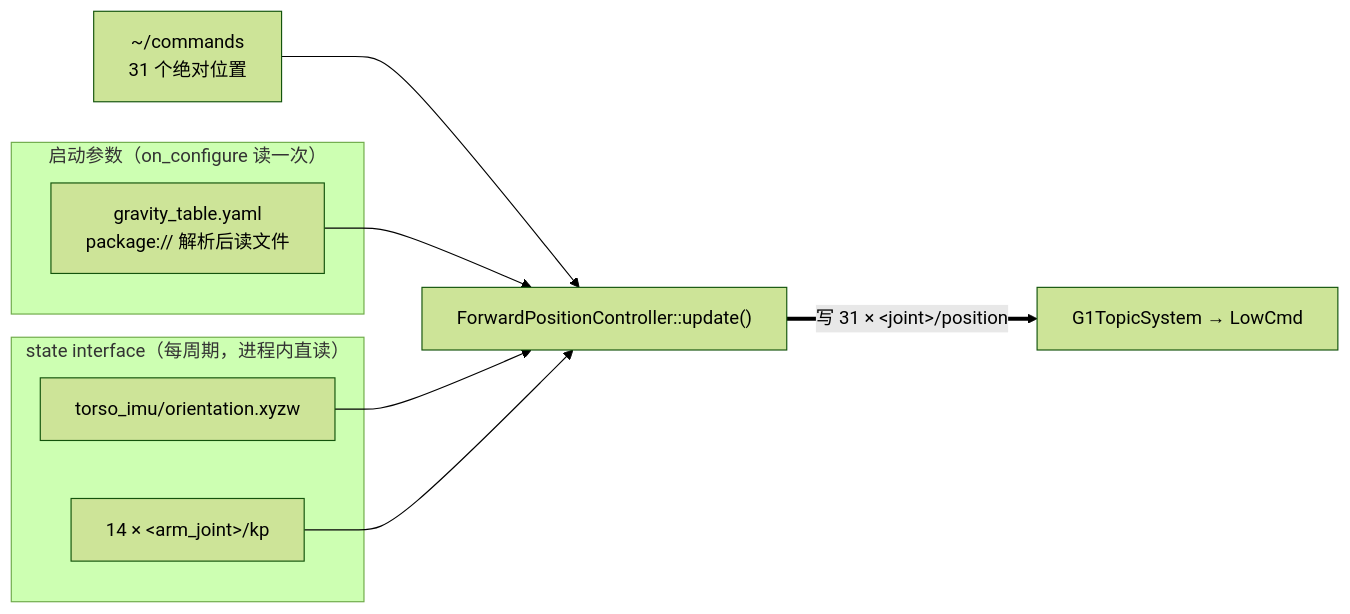
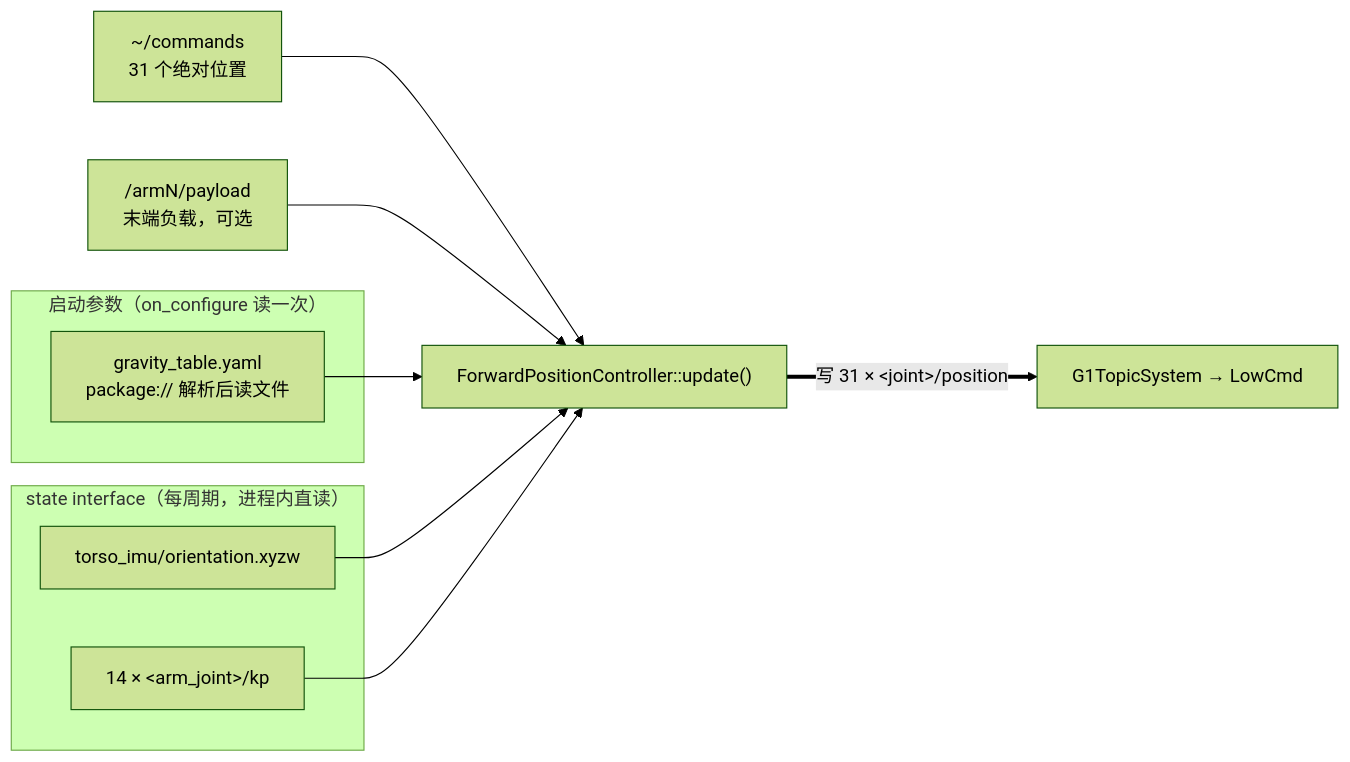
Before and after one commit to yizhongzhang1989/Unitree_G1_Workspace: the third of 3 diagrams in src/unitree_g1_ros2_control/README.md, drawn with Mermaid (forest theme). The commit also changed other lines of this file and 66 other files, not shown here.

````diff
--- a/src/unitree_g1_ros2_control/README.md
+++ b/src/unitree_g1_ros2_control/README.md
@@ -179,15 +179,16 @@
 ```mermaid
 graph LR
     subgraph P["启动参数（on_configure 读一次）"]
         Y["gravity_table.yaml<br/>package:// 解析后读文件"]
     end
     subgraph S["state interface（每周期，进程内直读）"]
         I["torso_imu/orientation.xyzw"]
         K["14 × &lt;arm_joint&gt;/kp"]
     end
     T["~/commands<br/>31 个绝对位置"] --> C
+    L["/armN/payload<br/>末端负载，可选"] --> C
     Y --> C["ForwardPositionController::update()"]
     I --> C
     K --> C
     C ==>|"写 31 × &lt;joint&gt;/position"| G["G1TopicSystem → LowCmd"]
 ```
````
